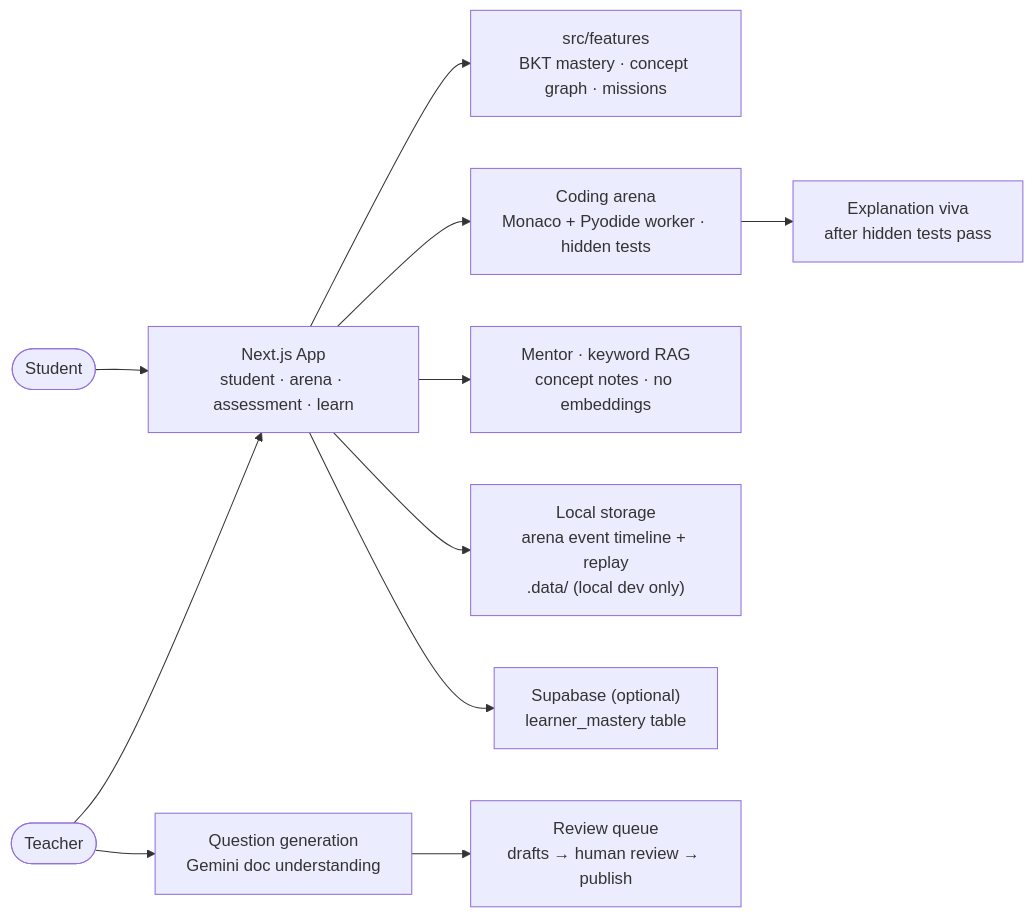
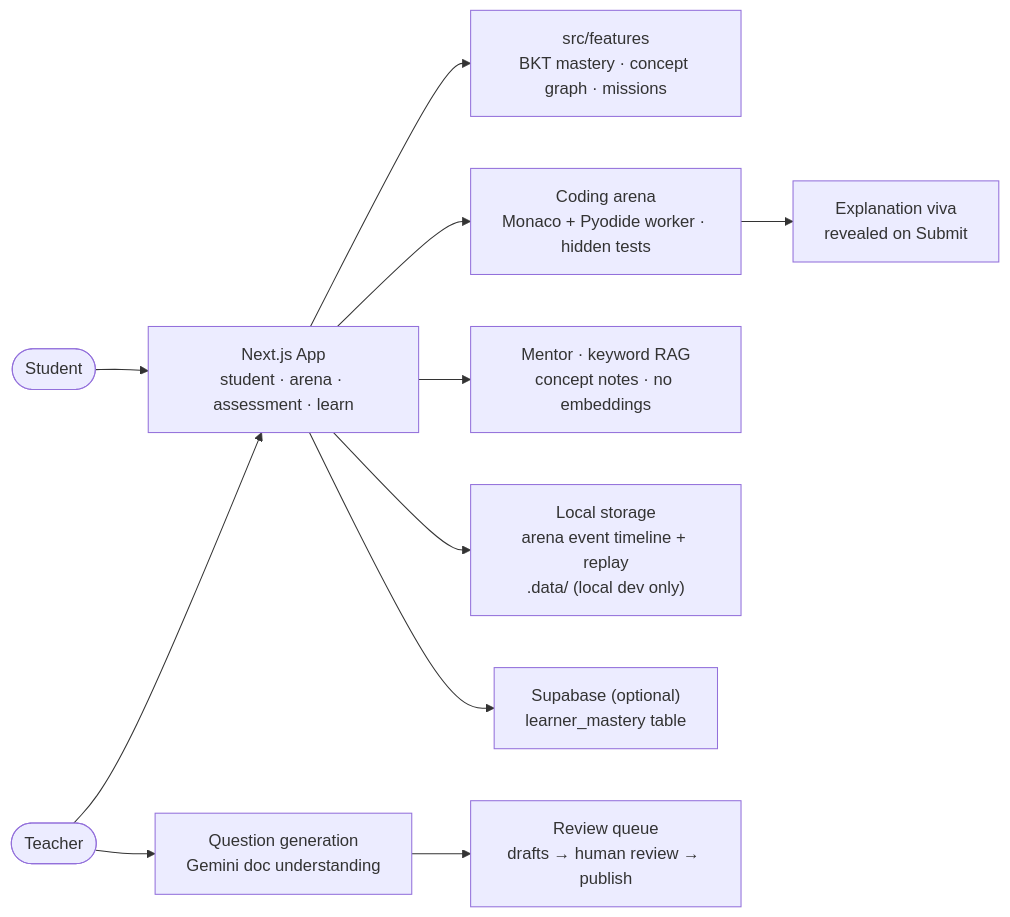
One commit to thiteswapnil1212-hue/skillpath changed the second of 4 diagrams in README.md. Above: the diagram before and after it, drawn with Mermaid. The commit also changed other lines of this file, not shown here.

Commit message:
Docs: detailed README — landing screenshot, Supabase ERD, deployment diagram

````diff
--- a/README.md
+++ b/README.md
@@ -68,13 +76,13 @@
 ```mermaid
 flowchart LR
     Student([Student]) --> App["Next.js App<br/>student · arena · assessment · learn"]
     Teacher([Teacher]) --> App
     App --> Features["src/features<br/>BKT mastery · concept graph · missions"]
     App --> Arena["Coding arena<br/>Monaco + Pyodide worker · hidden tests"]
-    Arena --> Viva["Explanation viva<br/>after hidden tests pass"]
+    Arena --> Viva["Explanation viva<br/>revealed on Submit"]
     App --> Mentor["Mentor · keyword RAG<br/>concept notes · no embeddings"]
     Teacher --> Gen["Question generation<br/>Gemini doc understanding"]
     Gen --> Review["Review queue<br/>drafts → human review → publish"]
     App --> Local["Local storage<br/>arena event timeline + replay<br/>.data/ (local dev only)"]
     App --> DB["Supabase (optional)<br/>learner_mastery table"]
 ```
````
